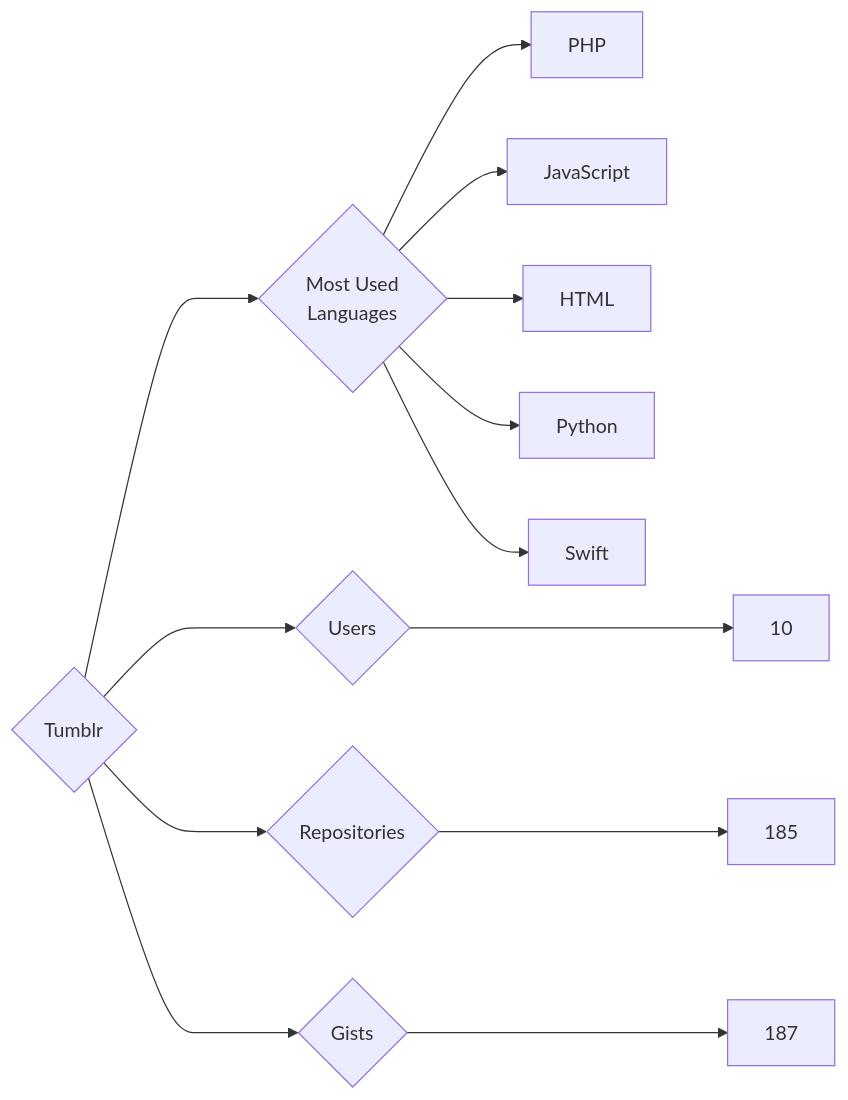
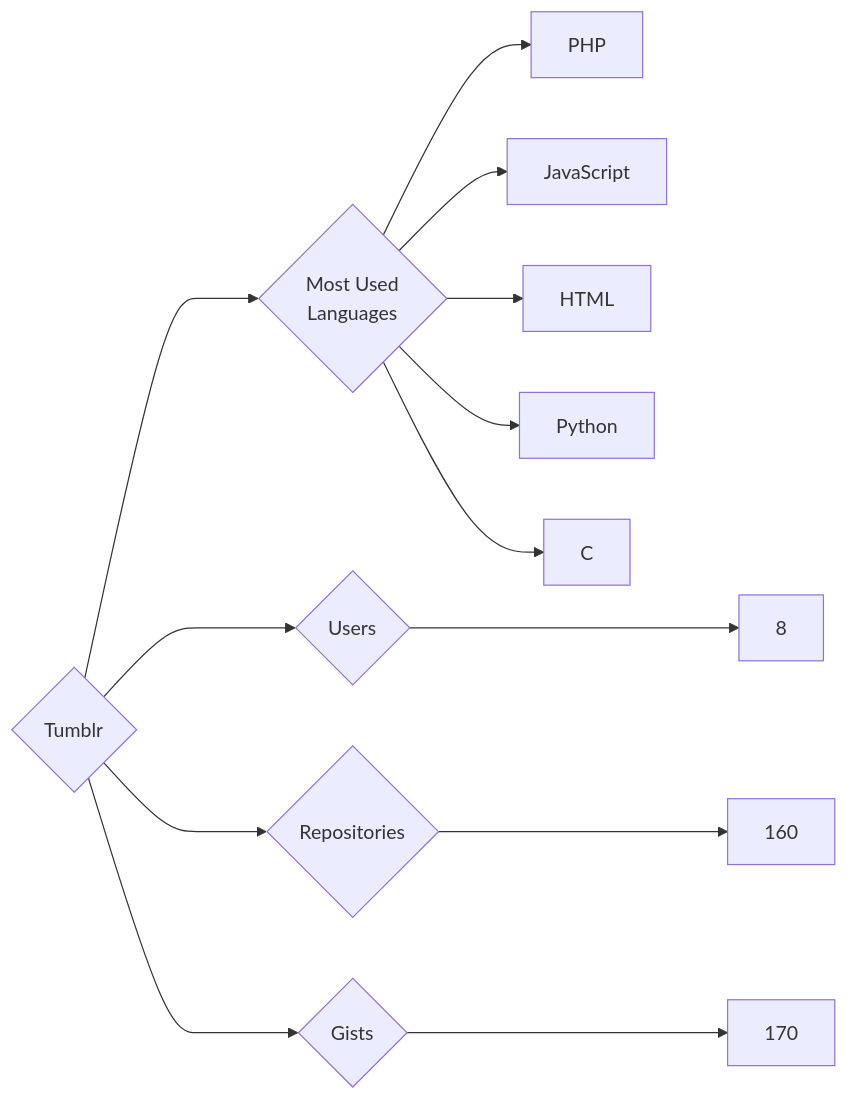
The diagram in targets/Tumblr/README.md (trickest/insiders), drawn with Mermaid before and after one commit. The commit also changed 976 other files, not shown here.

````diff
--- a/targets/Tumblr/README.md
+++ b/targets/Tumblr/README.md
@@ -3,13 +3,13 @@
 ```mermaid
 graph LR
 COMPANY_NAME{Tumblr}
-COMPANY_NAME ---> U{Users} ---> UN[10]
-COMPANY_NAME ---> R{Repositories} ---> RN[185]
-COMPANY_NAME ---> G{Gists} ---> GN[187]
+COMPANY_NAME ---> U{Users} ---> UN[8]
+COMPANY_NAME ---> R{Repositories} ---> RN[160]
+COMPANY_NAME ---> G{Gists} ---> GN[170]
 COMPANY_NAME ---> ML{Most Used<br>Languages}
 ML --> PHP[PHP]
 ML --> JavaScript[JavaScript]
 ML --> HTML[HTML]
 ML --> Python[Python]
-ML --> Swift[Swift]
+ML --> C[C]
 ```
````
